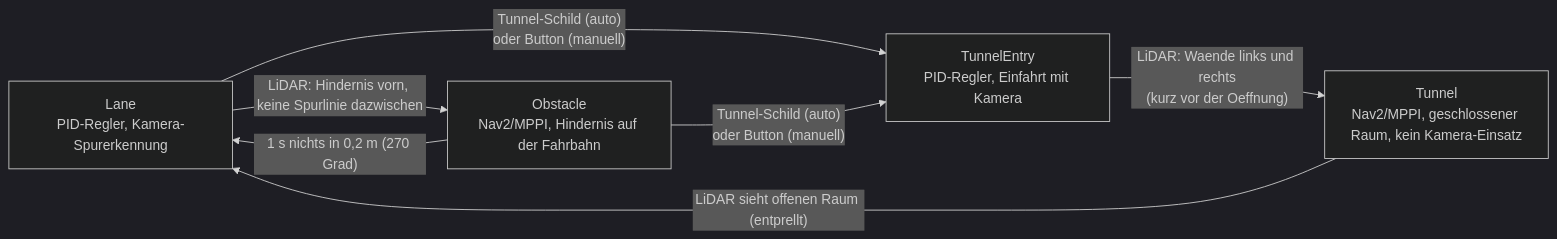
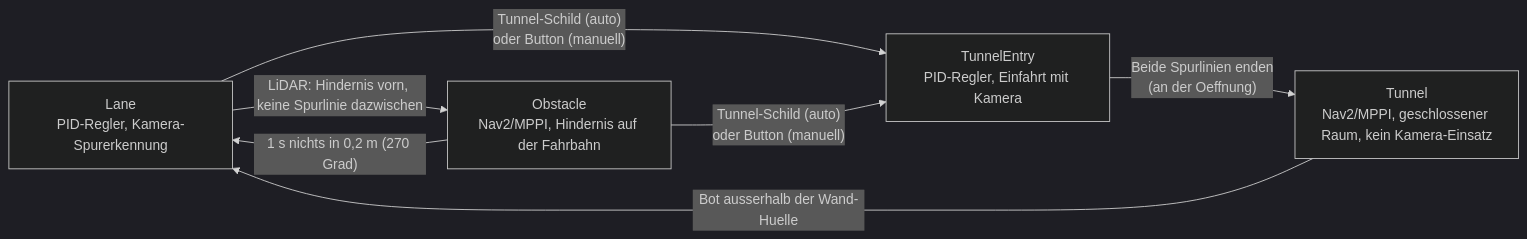
One commit to NaiRolF878/TurtleBot3-URMC changed the first of 3 diagrams in docs/Nav2LocalCoastmap_Doku.md. Above: the diagram before and after it, drawn with Mermaid (dark theme). The commit also changed other lines of this file and 14 other files, not shown here.

First line of the commit message:
Tunnel ohne Tunnelmasse: Einfahrt durch die Tuer, Ausgang ueber die Wand-Huelle

````diff
--- a/docs/Nav2LocalCoastmap_Doku.md
+++ b/docs/Nav2LocalCoastmap_Doku.md
@@ -22,14 +22,14 @@
 ```mermaid
 flowchart LR
     Lane["Lane\nPID-Regler, Kamera-Spurerkennung"]
     Obstacle["Obstacle\nNav2/MPPI, Hindernis auf der Fahrbahn"]
     Tunnel["Tunnel\nNav2/MPPI, geschlossener Raum, kein Kamera-Einsatz"]
 
     Lane -- "LiDAR: Hindernis vorn, keine Spurlinie dazwischen" --> Obstacle
     Obstacle -- "1 s nichts in 0,2 m (270 Grad)" --> Lane
     TunnelEntry["TunnelEntry\nPID-Regler, Einfahrt mit Kamera"]
     Lane -- "Tunnel-Schild (auto)\noder Button (manuell)" --> TunnelEntry
     Obstacle -- "Tunnel-Schild (auto)\noder Button (manuell)" --> TunnelEntry
-    TunnelEntry -- "LiDAR: Waende links und rechts\n(kurz vor der Oeffnung)" --> Tunnel
-    Tunnel -- "LiDAR sieht offenen Raum (entprellt)" --> Lane
+    TunnelEntry -- "Beide Spurlinien enden\n(an der Oeffnung)" --> Tunnel
+    Tunnel -- "Bot ausserhalb der Wand-Huelle" --> Lane
 ```
````
